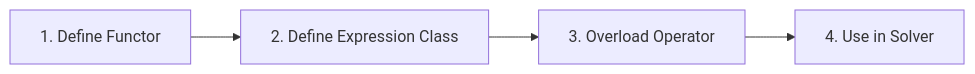
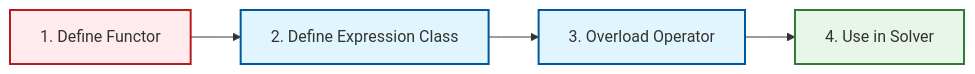
Before and after one commit to wramet/build-my-cfd: the diagram in MODULE_09_ADVANCED_TOPICS/CONTENT/05_PERFORMANCE_OPTIMIZATION/07_Appendices.md, drawn with Mermaid. The commit also changed 313 other files, not shown here.

Commit message:
Revise all diagram

````diff
--- a/MODULE_09_ADVANCED_TOPICS/CONTENT/05_PERFORMANCE_OPTIMIZATION/07_Appendices.md
+++ b/MODULE_09_ADVANCED_TOPICS/CONTENT/05_PERFORMANCE_OPTIMIZATION/07_Appendices.md
@@ -238,6 +238,9 @@
 ```mermaid
 graph LR
-    Step1["1. Define Functor"] --> Step2["2. Define Expression Class"]
-    Step2 --> Step3["3. Overload Operator"]
-    Step3 --> Step4["4. Use in Solver"]
+classDef implicit fill:#e1f5fe,stroke:#01579b,stroke-width:2px
+classDef explicit fill:#ffebee,stroke:#b71c1c,stroke-width:2px
+classDef success fill:#e8f5e9,stroke:#2e7d32,stroke-width:2px
+Step1["1. Define Functor"]:::explicit --> Step2["2. Define Expression Class"]:::implicit
+Step2 --> Step3["3. Overload Operator"]:::implicit
+Step3 --> Step4["4. Use in Solver"]:::success
 ```
````
